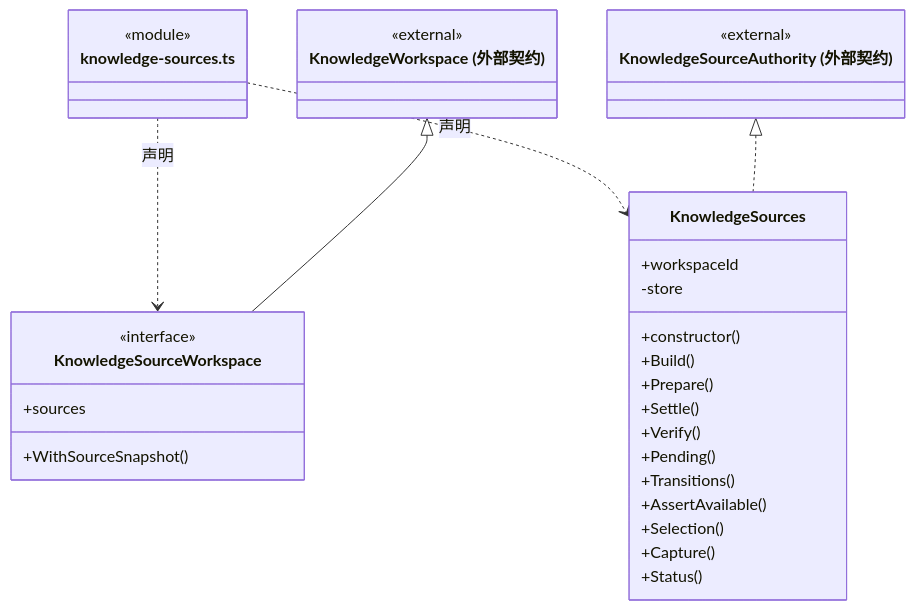
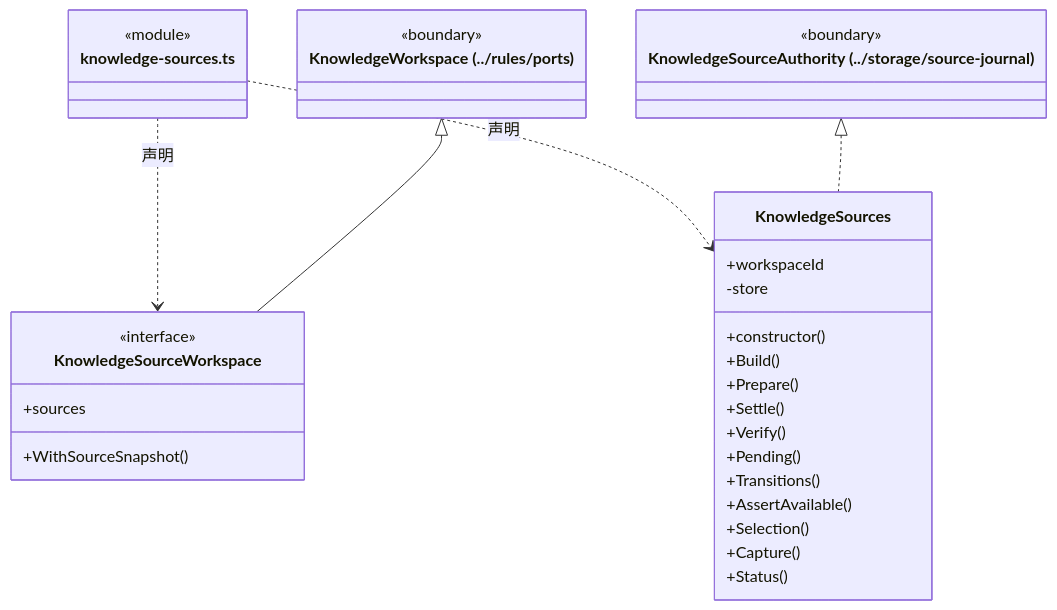
Before and after one commit to nan023062/cbim: the second of 2 diagrams in src/logic/knowledge/service/ARCHITECTURE.md, drawn with Mermaid. The commit also changed other lines of this file and 112 other files, not shown here.

Commit message:
docs: align source architecture with current declarations and contracts

````diff
--- a/src/logic/knowledge/service/ARCHITECTURE.md
+++ b/src/logic/knowledge/service/ARCHITECTURE.md
@@ -48,36 +48,36 @@
 ```mermaid
 classDiagram
 class N_src_logic_knowledge_service_knowledge_sources_ts["knowledge-sources.ts"] {
   <<module>>
 }
 class N_src_logic_knowledge_service_knowledge_sources_ts_KnowledgeSourceWorkspace["KnowledgeSourceWorkspace"] {
   <<interface>>
   +sources
   +WithSourceSnapshot()
 }
 N_src_logic_knowledge_service_knowledge_sources_ts ..> N_src_logic_knowledge_service_knowledge_sources_ts_KnowledgeSourceWorkspace : 声明
-class N_src_logic_knowledge_service_knowledge_sources_ts_external_KnowledgeWorkspace["KnowledgeWorkspace (外部契约)"] {
-  <<external>>
+class N_src_logic_knowledge_service_knowledge_sources_ts_external_KnowledgeWorkspace["KnowledgeWorkspace (../rules/ports)"] {
+  <<boundary>>
 }
 N_src_logic_knowledge_service_knowledge_sources_ts_external_KnowledgeWorkspace <|-- N_src_logic_knowledge_service_knowledge_sources_ts_KnowledgeSourceWorkspace
 class N_src_logic_knowledge_service_knowledge_sources_ts_KnowledgeSources["KnowledgeSources"] {
   +workspaceId
   +constructor()
   +Build()
   +Prepare()
   +Settle()
   +Verify()
   +Pending()
   +Transitions()
   +AssertAvailable()
   +Selection()
   +Capture()
   +Status()
   -store
 }
 N_src_logic_knowledge_service_knowledge_sources_ts ..> N_src_logic_knowledge_service_knowledge_sources_ts_KnowledgeSources : 声明
-class N_src_logic_knowledge_service_knowledge_sources_ts_external_KnowledgeSourceAuthority["KnowledgeSourceAuthority (外部契约)"] {
-  <<external>>
+class N_src_logic_knowledge_service_knowledge_sources_ts_external_KnowledgeSourceAuthority["KnowledgeSourceAuthority (../storage/source-journal)"] {
+  <<boundary>>
 }
 N_src_logic_knowledge_service_knowledge_sources_ts_external_KnowledgeSourceAuthority <|.. N_src_logic_knowledge_service_knowledge_sources_ts_KnowledgeSources
 ```
````
